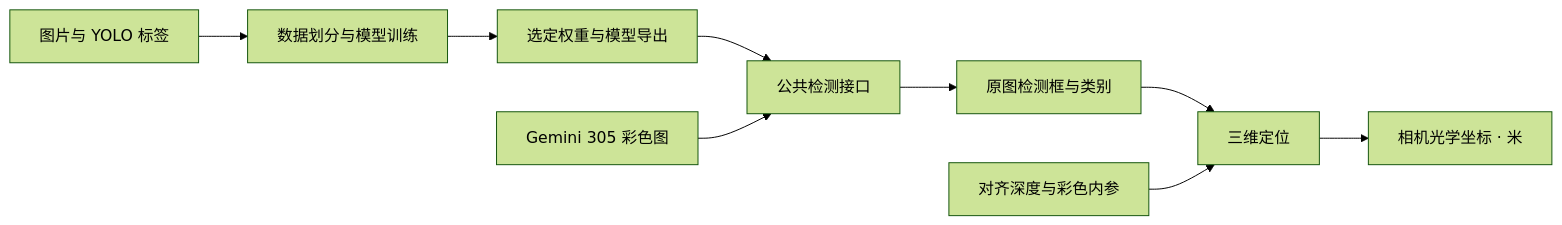
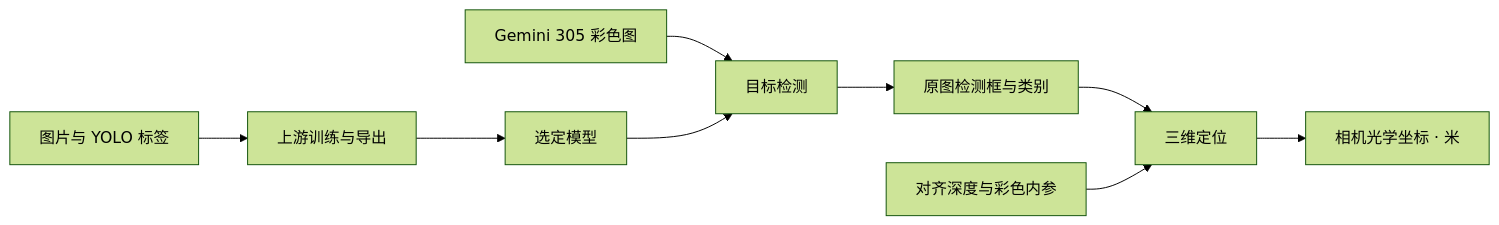
One commit to wyNomad/citrus-disease-detection changed the diagram in README.md. Above: the diagram before and after it, drawn with Mermaid (forest theme). The commit also changed other lines of this file and 23 other files, not shown here.

````diff
--- a/README.md
+++ b/README.md
@@ -39,11 +41,11 @@
 ```mermaid
 flowchart LR
-    D[图片与 YOLO 标签] --> T[数据划分与模型训练]
-    T --> W[选定权重与模型导出]
-    W --> I[公共检测接口]
-    C[Gemini 305 彩色图] --> I
+    C[Gemini 305 彩色图] --> I[目标检测]
     I --> B[原图检测框与类别]
     B --> L[三维定位]
     Z[对齐深度与彩色内参] --> L
     L --> P[相机光学坐标 · 米]
+    D[图片与 YOLO 标签] --> T[上游训练与导出]
+    T --> W[选定模型]
+    W --> I
 ```
````
